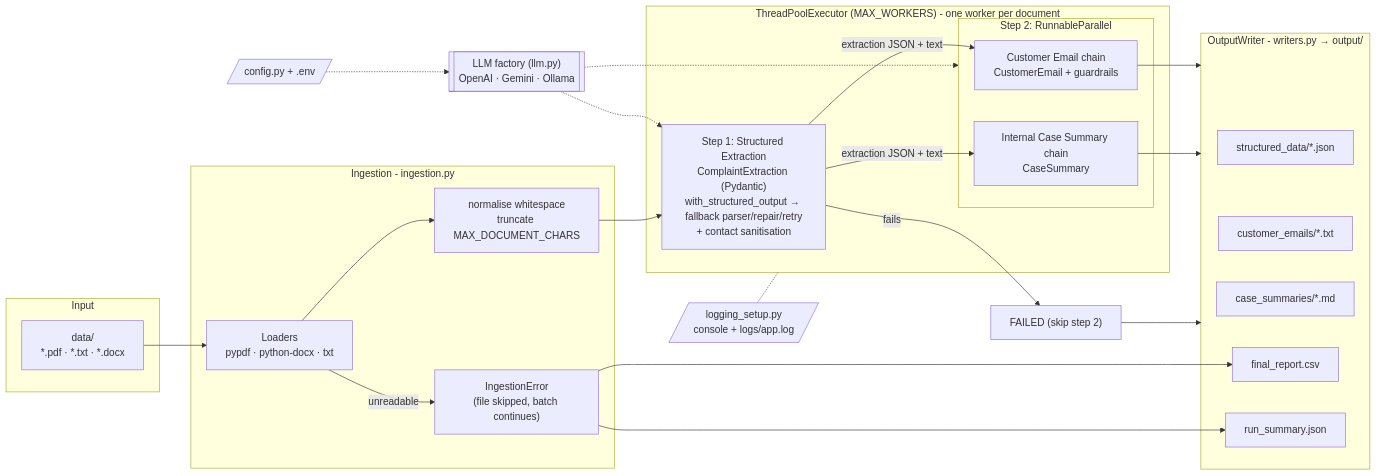
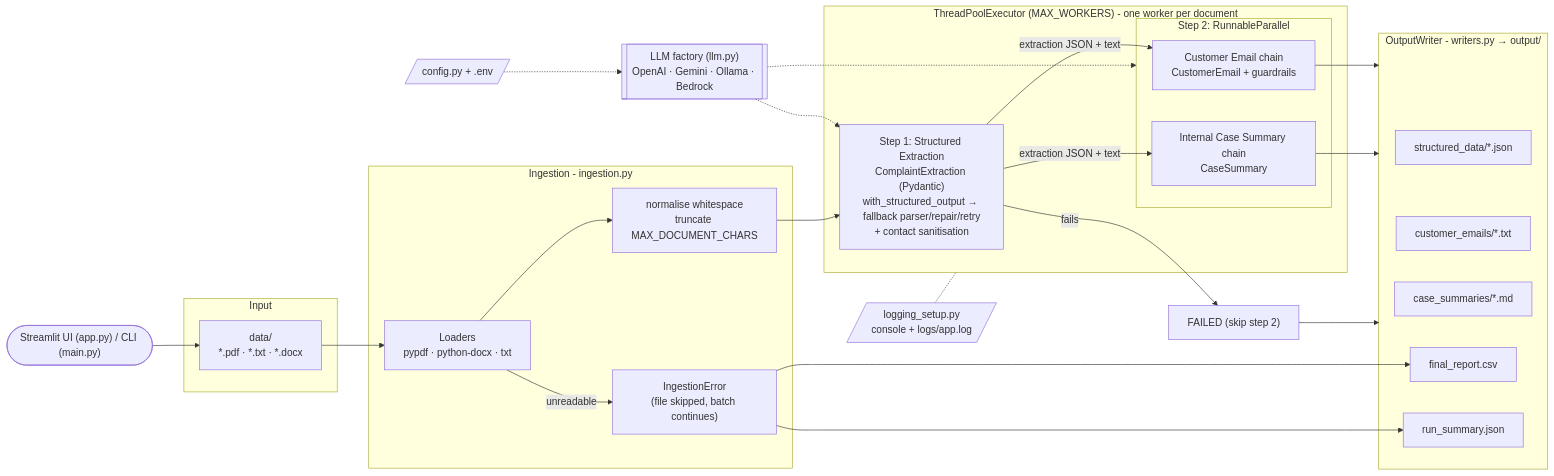
The diagram in README.md (saurabhgoyal795/Capstone-Project), drawn with Mermaid before and after one commit. The commit also changed other lines of this file and 7 other files, not shown here.

````diff
--- a/README.md
+++ b/README.md
@@ -67,41 +75,42 @@
 ```mermaid
 flowchart LR
     subgraph IN[Input]
         D["data/<br/>*.pdf · *.txt · *.docx"]
     end
 
     subgraph ING[Ingestion - ingestion.py]
         L["Loaders<br/>pypdf · python-docx · txt"]
         N["normalise whitespace<br/>truncate MAX_DOCUMENT_CHARS"]
         E["IngestionError<br/>(file skipped, batch continues)"]
     end
 
     subgraph POOL["ThreadPoolExecutor (MAX_WORKERS) - one worker per document"]
         S1["Step 1: Structured Extraction<br/>ComplaintExtraction (Pydantic)<br/>with_structured_output → fallback parser/repair/retry<br/>+ contact sanitisation"]
         subgraph S2["Step 2: RunnableParallel"]
             EM["Customer Email chain<br/>CustomerEmail + guardrails"]
             SU["Internal Case Summary chain<br/>CaseSummary"]
         end
     end
 
     subgraph OUT["OutputWriter - writers.py → output/"]
         J[structured_data/*.json]
         CE[customer_emails/*.txt]
         CS[case_summaries/*.md]
         R[final_report.csv]
         RS[run_summary.json]
     end
 
+    UI(["Streamlit UI (app.py) / CLI (main.py)"]) --> D
     CFG[/"config.py + .env"/] -.-> LLM
-    LLM[["LLM factory (llm.py)<br/>OpenAI · Gemini · Ollama"]] -.-> S1
+    LLM[["LLM factory (llm.py)<br/>OpenAI · Gemini · Ollama · Bedrock"]] -.-> S1
     LLM -.-> S2
     LOG[/"logging_setup.py<br/>console + logs/app.log"/] -.- POOL
 
     D --> L --> N --> S1
     L -- unreadable --> E
     S1 -- extraction JSON + text --> EM & SU
     S1 -- fails --> F["FAILED (skip step 2)"]
     EM & SU --> OUT
     F --> OUT
     E --> R & RS
 ```
````
